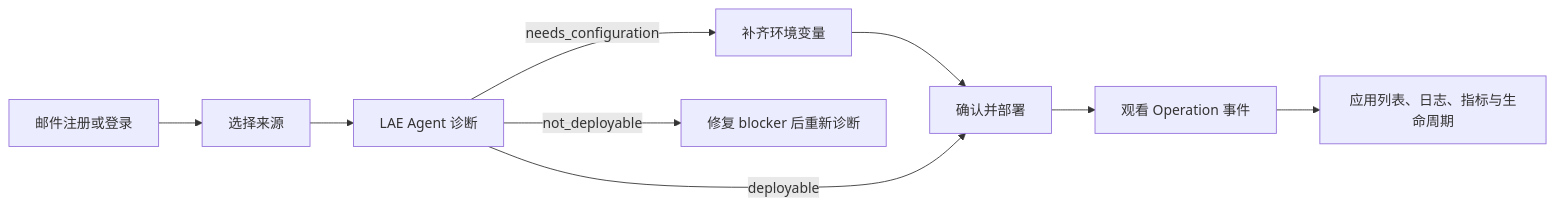
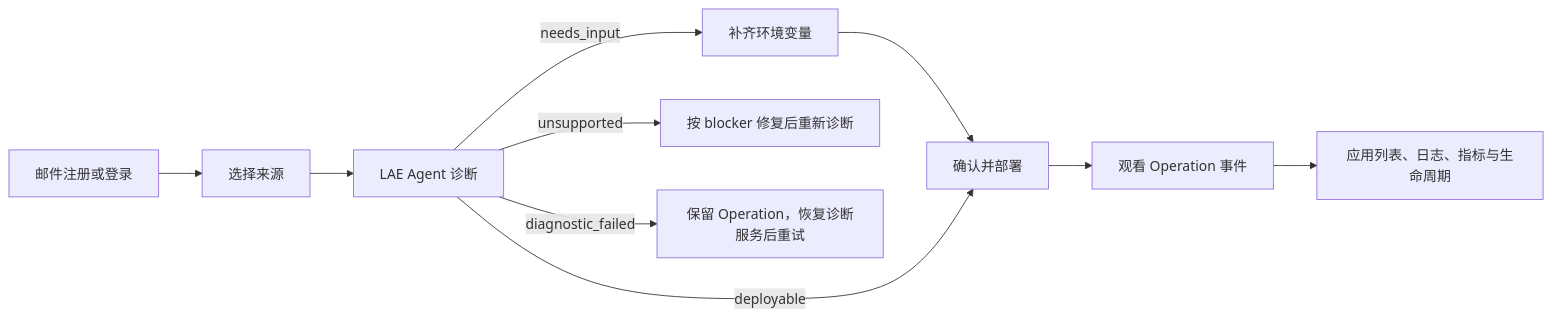
One commit to LiuTianjie/luma changed the diagram in docs/lae/09-user-guide.md. Above: the diagram before and after it, drawn with Mermaid. The commit also changed other lines of this file and 65 other files, not shown here.

````diff
--- a/docs/lae/09-user-guide.md
+++ b/docs/lae/09-user-guide.md
@@ -40,11 +43,12 @@
 ```mermaid
 flowchart LR
     register["邮件注册或登录"] --> source["选择来源"]
     source --> inspect["LAE Agent 诊断"]
-    inspect -->|needs_configuration| env["补齐环境变量"]
+    inspect -->|needs_input| env["补齐环境变量"]
     env --> deploy["确认并部署"]
     inspect -->|deployable| deploy
-    inspect -->|not_deployable| stop["修复 blocker 后重新诊断"]
+    inspect -->|unsupported| stop["按 blocker 修复后重新诊断"]
+    inspect -->|diagnostic_failed| retry["保留 Operation，恢复诊断服务后重试"]
     deploy --> watch["观看 Operation 事件"]
     watch --> app["应用列表、日志、指标与生命周期"]
 ```
````
